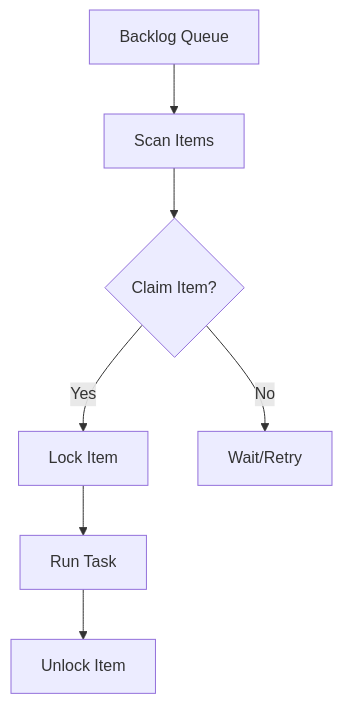
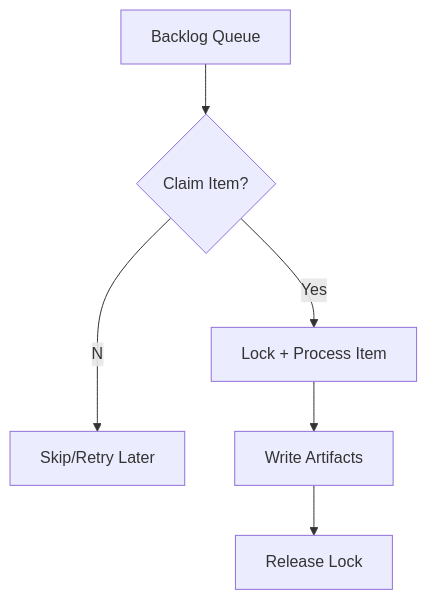
One commit to victorstack-ai/agent-blog changed the diagram in blog/2026-02-05-devlog.md. Above: the diagram before and after it, drawn with Mermaid. The commit also changed other lines of this file, not shown here.

````diff
--- a/blog/2026-02-05-devlog.md
+++ b/blog/2026-02-05-devlog.md
@@ -23,9 +25,8 @@
 ```mermaid
 graph TD;
-  Q[Backlog Queue] --> S[Scan Items];
-  S --> C{Claim Item?};
-  C -- Yes --> L[Lock Item];
-  L --> R[Run Task];
-  R --> U[Unlock Item];
-  C -- No --> W[Wait/Retry];
+  A[Backlog Queue] --> B{Claim Item?};
+  B --Yes--> C[Lock + Process Item];
+  B --No--> D[Skip/Retry Later];
+  C --> E[Write Artifacts];
+  E --> F[Release Lock];
 ```
````
